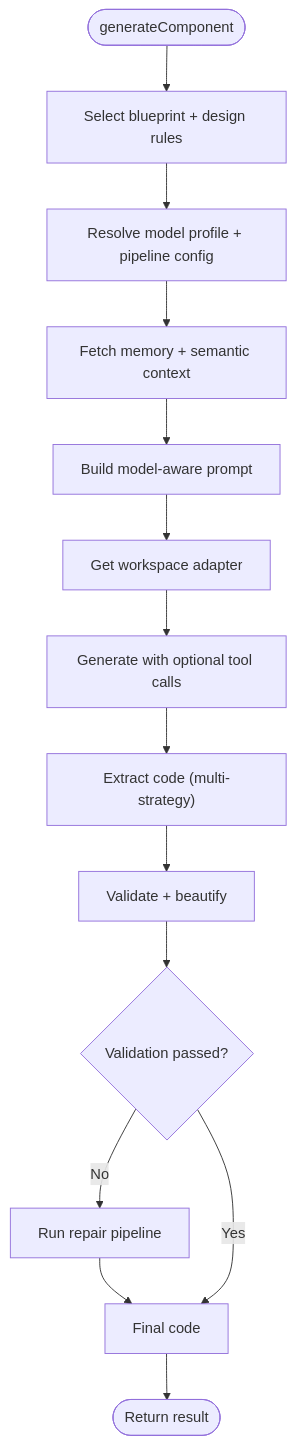
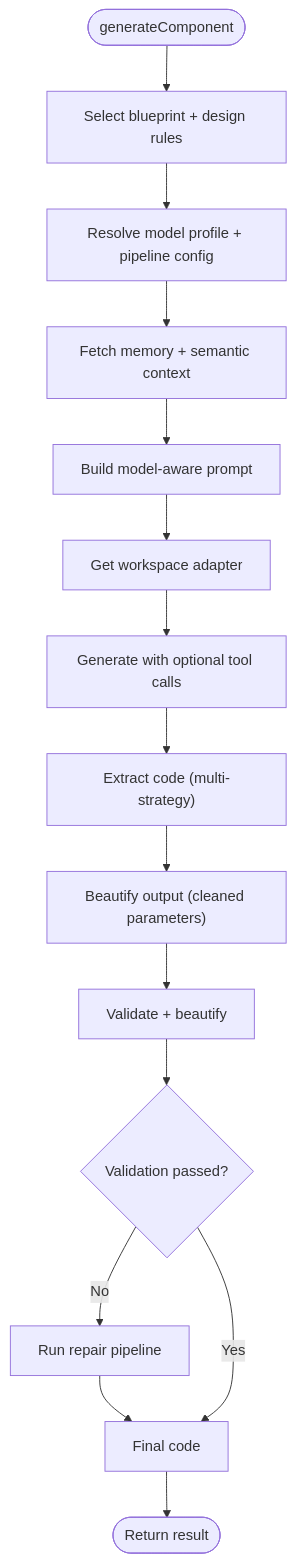
The sixth of 16 diagrams in .qoder/repowiki/en/content/Architecture & Design/Layered Architecture/Business Logic Layer/AI Generation Pipeline.md (shekhargiri005-dotcom/AI-powered-accessibility-first-UI-engine), drawn with Mermaid before and after one commit. The commit also changed other lines of this file and 8 other files, not shown here.

````diff
--- a/.qoder/repowiki/en/content/Architecture & Design/Layered Architecture/Business Logic Layer/AI Generation Pipeline.md
+++ b/.qoder/repowiki/en/content/Architecture & Design/Layered Architecture/Business Logic Layer/AI Generation Pipeline.md
@@ -361,16 +390,17 @@
 ```mermaid
 flowchart TD
 Start(["generateComponent"]) --> Blueprint["Select blueprint + design rules"]
 Blueprint --> Profile["Resolve model profile + pipeline config"]
 Profile --> Knowledge["Fetch memory + semantic context"]
 Knowledge --> Prompt["Build model-aware prompt"]
 Prompt --> Adapter["Get workspace adapter"]
 Adapter --> Generate["Generate with optional tool calls"]
 Generate --> Extract["Extract code (multi-strategy)"]
-Extract --> Validate["Validate + beautify"]
+Extract --> Beautify["Beautify output (cleaned parameters)"]
+Beautify --> Validate["Validate + beautify"]
 Validate --> Repair{"Validation passed?"}
 Repair --> |No| RunRepair["Run repair pipeline"]
 RunRepair --> Final["Final code"]
 Repair --> |Yes| Final
 Final --> Return(["Return result"])
 ```
````
